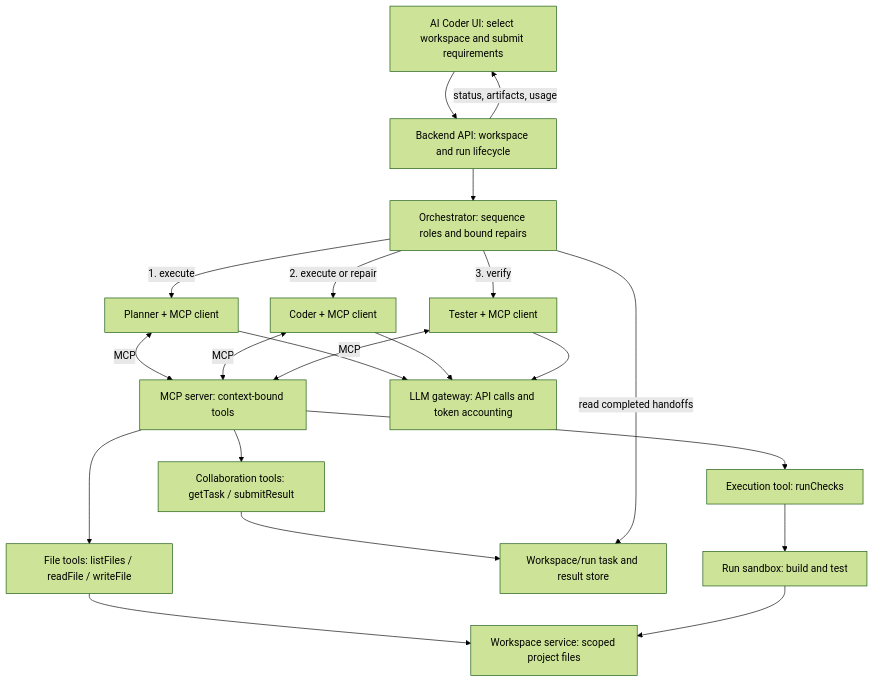
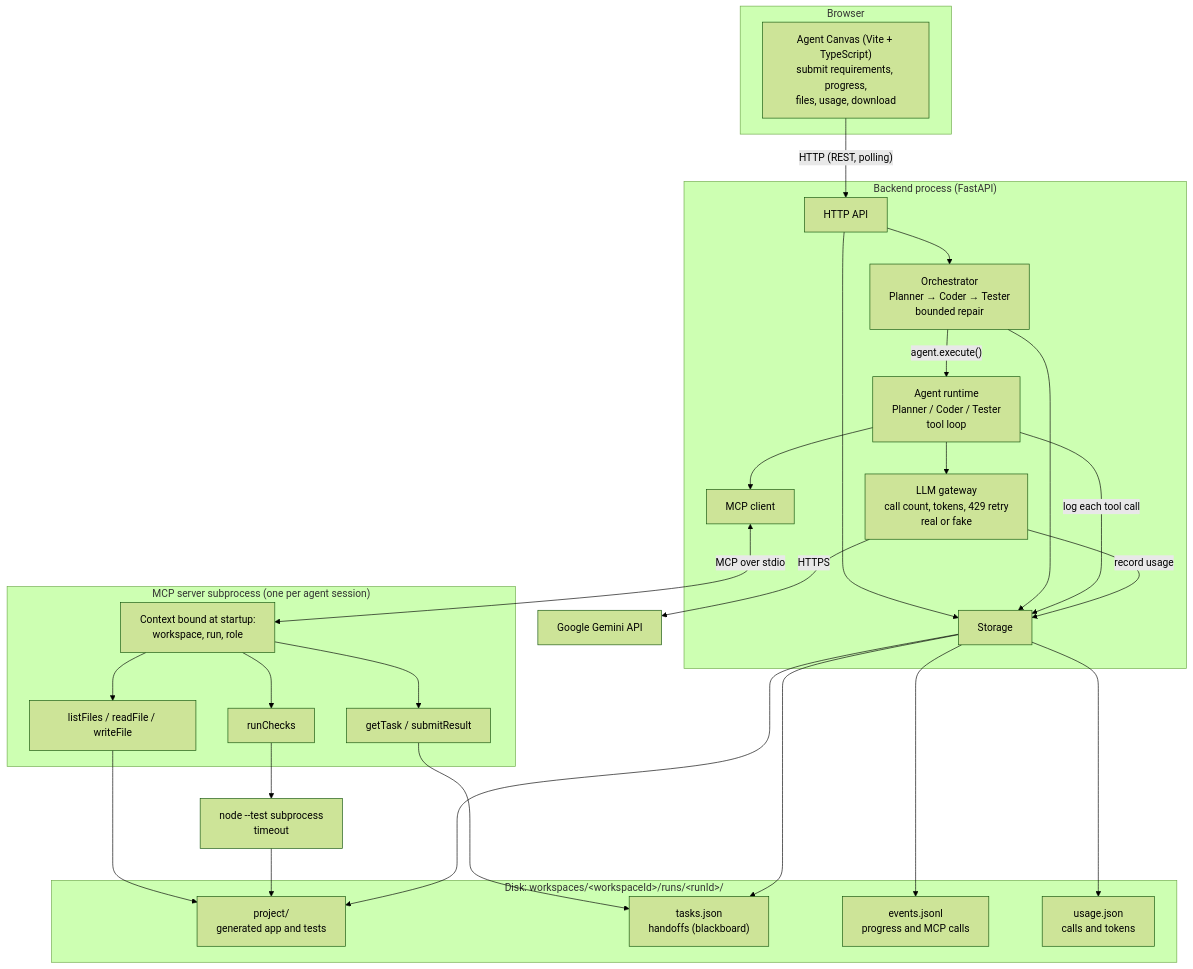
One commit to Oceankj/AI-Coder changed the diagram in docs/architecture.md. Above: the diagram before and after it, drawn with Mermaid (forest theme). The commit also changed other lines of this file and 4 other files, not shown here.

First line of the commit message:
docs: record agreed architecture and relay plan

````diff
--- a/docs/architecture.md
+++ b/docs/architecture.md
@@ -19,38 +26,56 @@
 ```mermaid
 flowchart TD
-    UI["AI Coder UI: select workspace and submit requirements"]
-    API["Backend API: workspace and run lifecycle"]
-    O["Orchestrator: sequence roles and bound repairs"]
-    P["Planner + MCP client"]
-    C["Coder + MCP client"]
-    T["Tester + MCP client"]
-    M["MCP server: context-bound tools"]
-    H["Collaboration tools: getTask / submitResult"]
-    F["File tools: listFiles / readFile / writeFile"]
-    X["Execution tool: runChecks"]
-    S["Workspace/run task and result store"]
-    W["Workspace service: scoped project files"]
-    D["Run sandbox: build and test"]
-    L["LLM gateway: API calls and token accounting"]
+    subgraph Browser["Browser"]
+        UI["Agent Canvas (Vite + TypeScript)<br/>submit requirements, progress,<br/>files, usage, download"]
+    end
 
-    UI --> API
+    subgraph Backend["Backend process (FastAPI)"]
+        API["HTTP API"]
+        O["Orchestrator<br/>Planner → Coder → Tester<br/>bounded repair"]
+        R["Agent runtime<br/>Planner / Coder / Tester<br/>tool loop"]
+        L["LLM gateway<br/>call count, tokens, 429 retry<br/>real or fake"]
+        MC["MCP client"]
+        S["Storage"]
+    end
+
+    subgraph MCPProc["MCP server subprocess (one per agent session)"]
+        M["Context bound at startup:<br/>workspace, run, role"]
+        H["getTask / submitResult"]
+        F["listFiles / readFile / writeFile"]
+        X["runChecks"]
+    end
+
+    N["node --test subprocess<br/>timeout"]
+
+    subgraph Disk["Disk: workspaces/&lt;workspaceId&gt;/runs/&lt;runId&gt;/"]
+        P["project/<br/>generated app and tests"]
+        T["tasks.json<br/>handoffs (blackboard)"]
+        E["events.jsonl<br/>progress and MCP calls"]
+        U["usage.json<br/>calls and tokens"]
+    end
+
+    G["Google Gemini API"]
+
+    UI -->|"HTTP (REST, polling)"| API
     API --> O
-    O -->|1. execute| P
-    O -->|2. execute or repair| C
-    O -->|3. verify| T
-    P <-->|MCP| M
-    C <-->|MCP| M
-    T <-->|MCP| M
+    O -->|"agent.execute()"| R
+    R --> L
+    L -->|HTTPS| G
+    R --> MC
+    MC <-->|"MCP over stdio"| M
     M --> H
     M --> F
     M --> X
-    H --> S
-    F --> W
-    X --> D
-    D --> W
-    P --> L
-    C --> L
-    T --> L
-    O -->|read completed handoffs| S
-    API -->|status, artifacts, usage| UI
+    X --> N
+    H --> T
+    F --> P
+    N --> P
+    API --> S
+    O --> S
+    R -->|log each tool call| S
+    L -->|record usage| S
+    S --> T
+    S --> E
+    S --> U
+    S --> P
 ```
````
